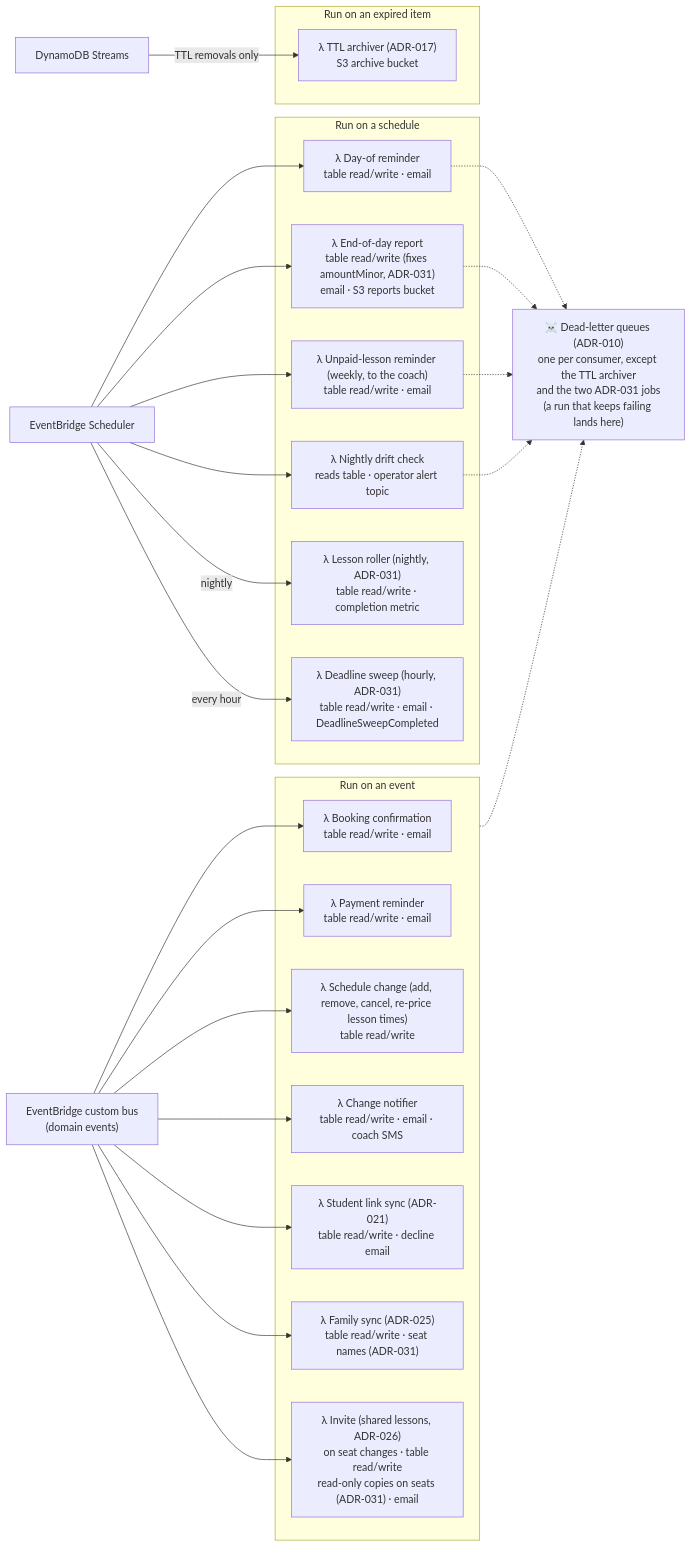
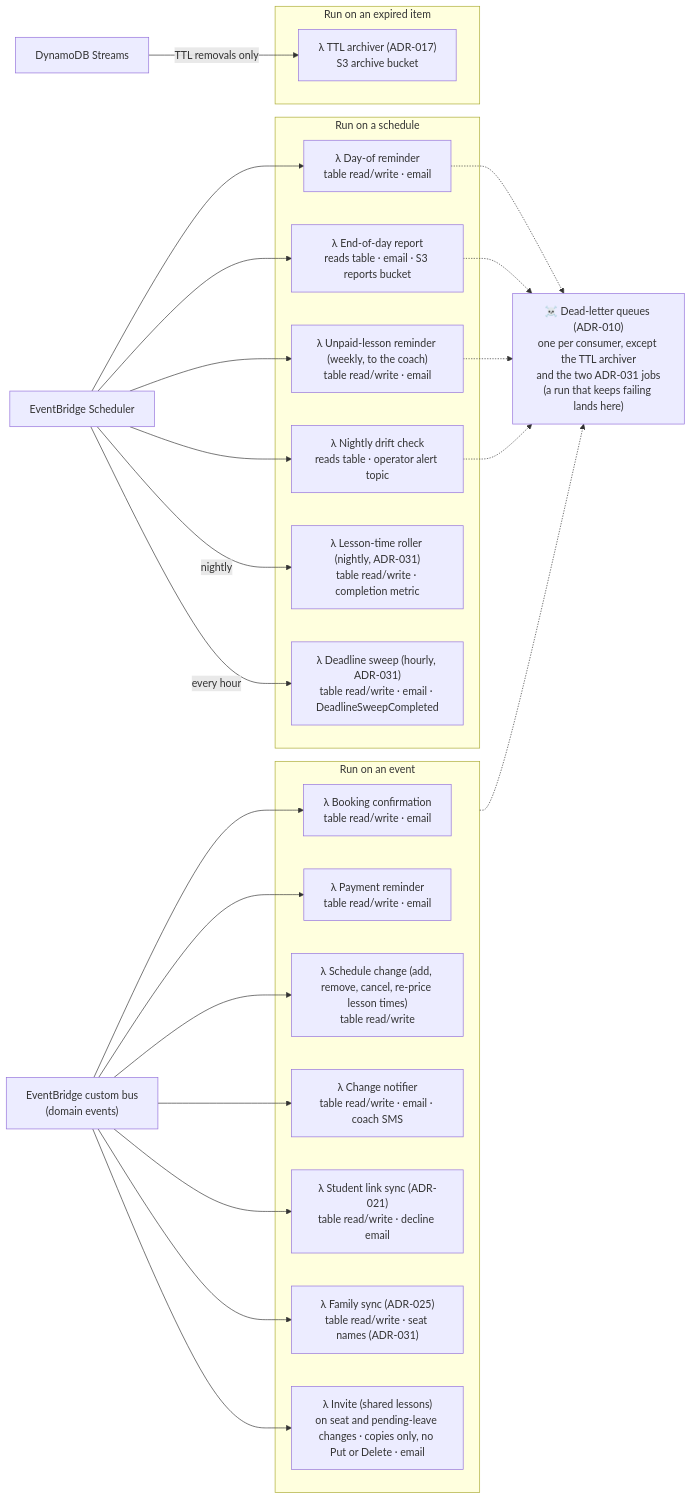
Before and after one commit to jessicamvega6/bladebook: the second of 28 diagrams in docs/architecture.md, drawn with Mermaid. The commit also changed other lines of this file and 30 other files, not shown here.

````diff
--- a/docs/architecture.md
+++ b/docs/architecture.md
@@ -176,39 +176,39 @@
 ```mermaid
 flowchart LR
     Bus["EventBridge custom bus<br/>(domain events)"]
     Sched["EventBridge Scheduler"]
     Stream["DynamoDB Streams"]
 
     subgraph OnEvent["Run on an event"]
         L_Confirm["λ Booking confirmation<br/>table read/write · email"]
         L_Pay["λ Payment reminder<br/>table read/write · email"]
         L_Cancel["λ Schedule change (add, remove, cancel, re-price lesson times)<br/>table read/write"]
         L_Notify["λ Change notifier<br/>table read/write · email · coach SMS"]
         L_Link["λ Student link sync (ADR-021)<br/>table read/write · decline email"]
         L_Family["λ Family sync (ADR-025)<br/>table read/write · seat names (ADR-031)"]
-        L_Invite["λ Invite (shared lessons, ADR-026)<br/>on seat changes · table read/write<br/>read-only copies on seats (ADR-031) · email"]
+        L_Invite["λ Invite (shared lessons)<br/>on seat and pending-leave changes · copies only, no Put or Delete · email"]
     end
 
     subgraph OnSchedule["Run on a schedule"]
         L_Remind["λ Day-of reminder<br/>table read/write · email"]
-        L_Report["λ End-of-day report<br/>table read/write (fixes amountMinor, ADR-031)<br/>email · S3 reports bucket"]
+        L_Report["λ End-of-day report<br/>reads table · email · S3 reports bucket"]
         L_Unpaid["λ Unpaid-lesson reminder (weekly, to the coach)<br/>table read/write · email"]
         L_Drift["λ Nightly drift check<br/>reads table · operator alert topic"]
-        L_Roller["λ Lesson roller (nightly, ADR-031)<br/>table read/write · completion metric"]
+        L_Roller["λ Lesson-time roller (nightly, ADR-031)<br/>table read/write · completion metric"]
         L_Sweep["λ Deadline sweep (hourly, ADR-031)<br/>table read/write · email · DeadlineSweepCompleted"]
     end
 
     subgraph OnStream["Run on an expired item"]
         L_Archive["λ TTL archiver (ADR-017)<br/>S3 archive bucket"]
     end
 
     DLQ["☠️ Dead-letter queues (ADR-010)<br/>one per consumer, except the TTL archiver<br/>and the two ADR-031 jobs<br/>(a run that keeps failing lands here)"]
 
     Bus --> L_Confirm & L_Pay & L_Cancel & L_Notify & L_Link & L_Family & L_Invite
     Sched --> L_Remind & L_Report & L_Unpaid & L_Drift
     Sched -->|nightly| L_Roller
     Sched -->|every hour| L_Sweep
     Stream -->|TTL removals only| L_Archive
     OnEvent -.-> DLQ
     L_Remind & L_Report & L_Unpaid & L_Drift -.-> DLQ
 ```
````
